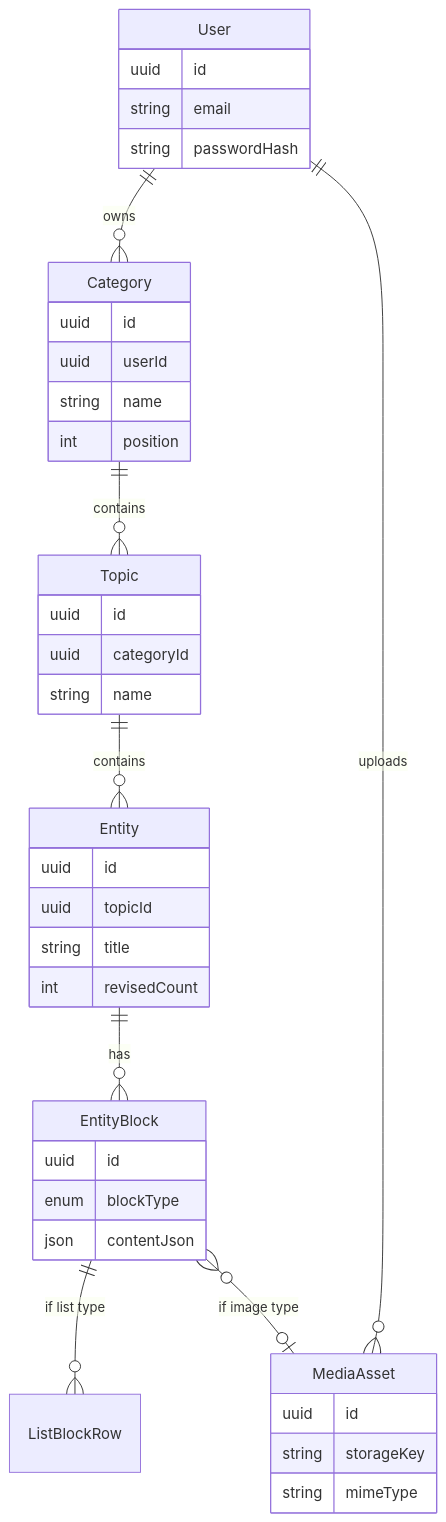
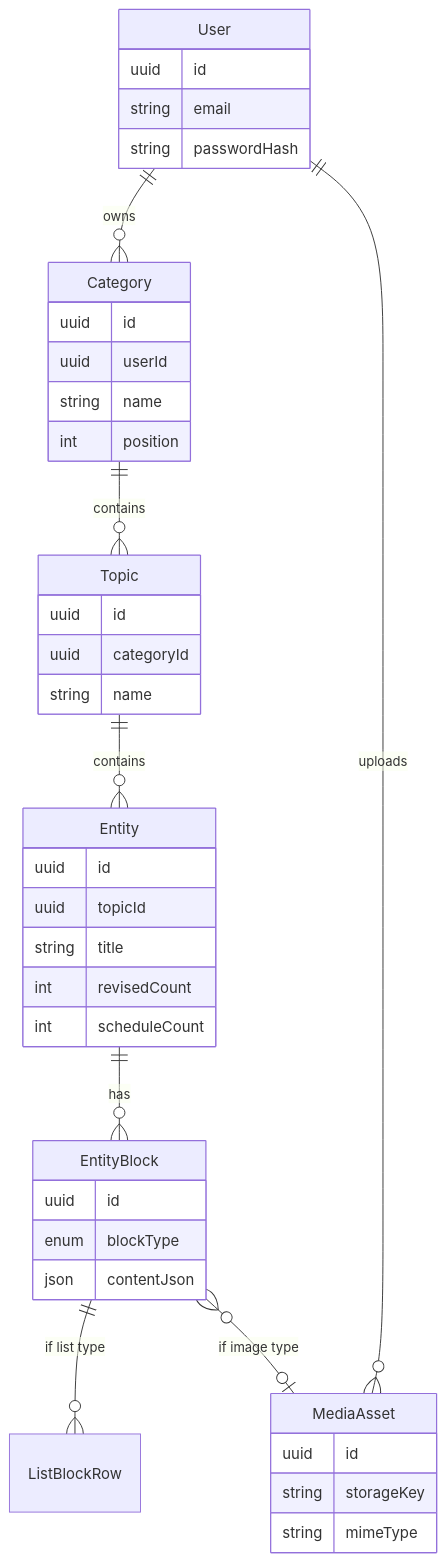
The sixth of 14 diagrams in backend/docs/ARCHITECTURE.md (roman-ua89/remindme), drawn with Mermaid before and after one commit. The commit also changed other lines of this file and 9 other files, not shown here.

Commit message:
Add new Entity with correct schedule in Player (scheduleCount and viewCount)

````diff
--- a/backend/docs/ARCHITECTURE.md
+++ b/backend/docs/ARCHITECTURE.md
@@ -264,43 +264,44 @@
 ```mermaid
 erDiagram
     User ||--o{ Category : owns
     Category ||--o{ Topic : contains
     Topic ||--o{ Entity : contains
     Entity ||--o{ EntityBlock : has
     EntityBlock ||--o{ ListBlockRow : "if list type"
     EntityBlock }o--o| MediaAsset : "if image type"
     User ||--o{ MediaAsset : uploads
 
     User {
         uuid id
         string email
         string passwordHash
     }
     Category {
         uuid id
         uuid userId
         string name
         int position
     }
     Topic {
         uuid id
         uuid categoryId
         string name
     }
     Entity {
         uuid id
         uuid topicId
         string title
         int revisedCount
+        int scheduleCount
     }
     EntityBlock {
         uuid id
         enum blockType
         json contentJson
     }
     MediaAsset {
         uuid id
         string storageKey
         string mimeType
     }
 ```
````
